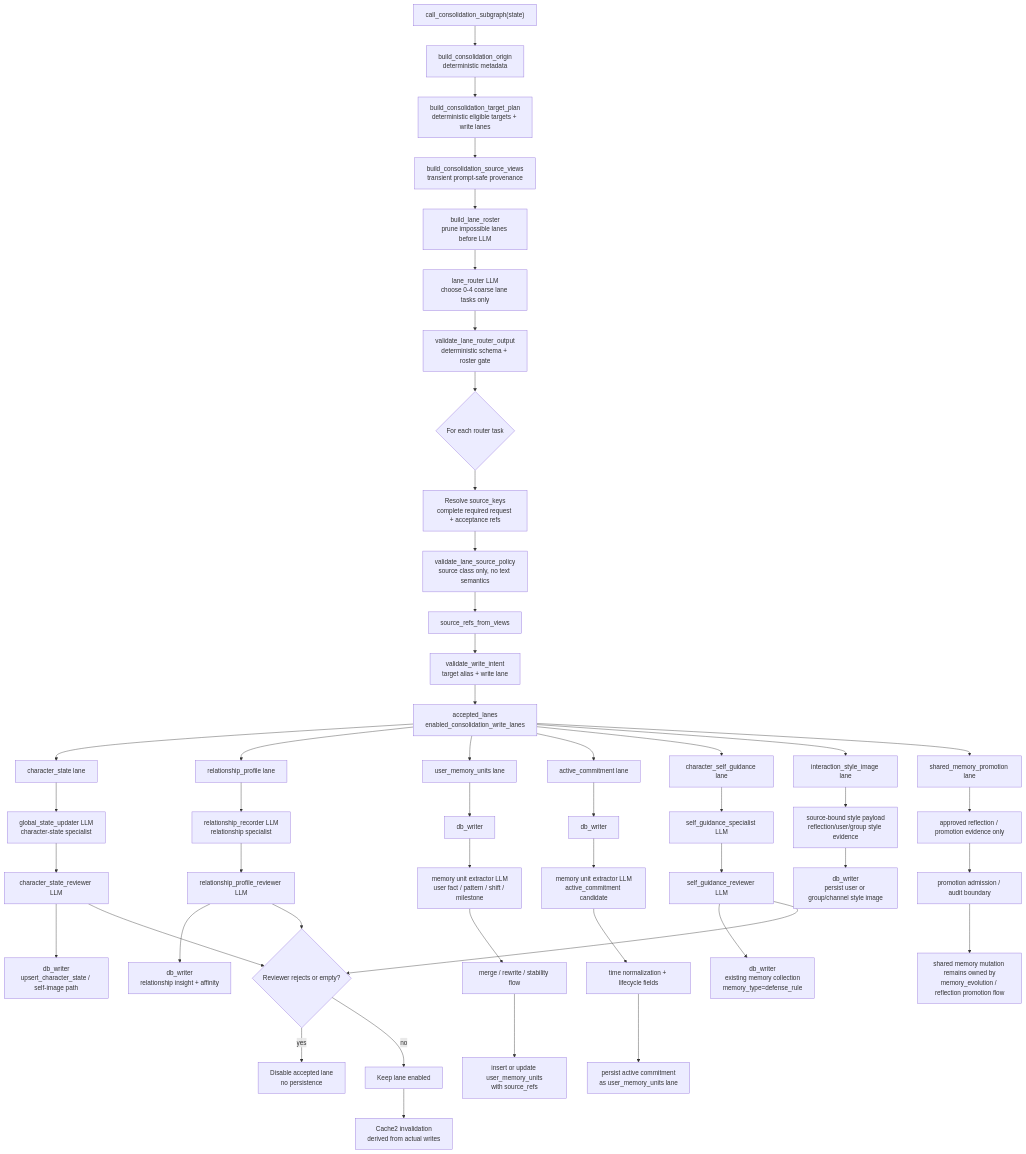
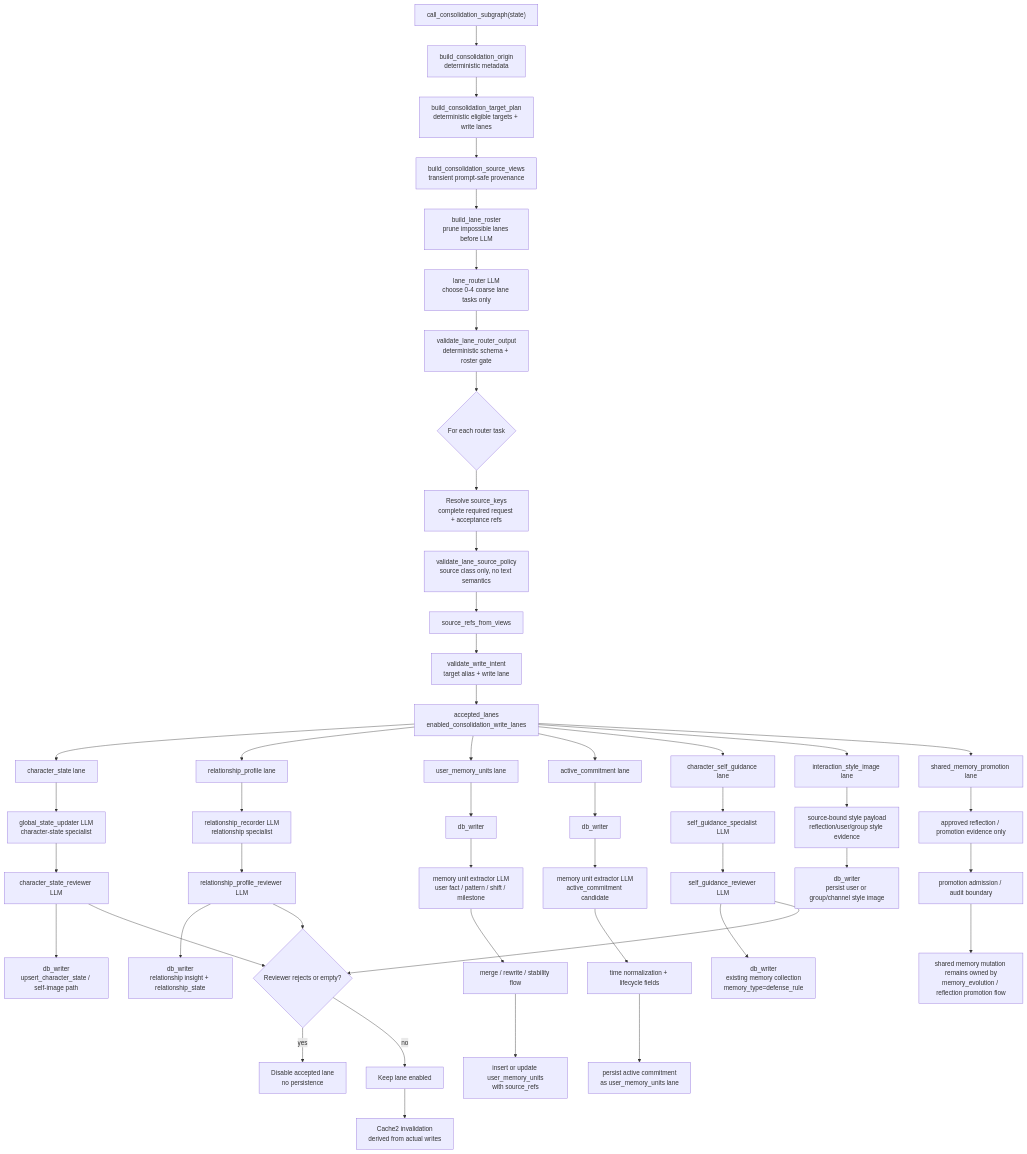
The second of 2 diagrams in src/kazusa_ai_chatbot/consolidation/README.md (eamars/KazusaAIChatbot), drawn with Mermaid before and after one commit. The commit also changed other lines of this file and 153 other files, not shown here.

````diff
--- a/src/kazusa_ai_chatbot/consolidation/README.md
+++ b/src/kazusa_ai_chatbot/consolidation/README.md
@@ -201,60 +201,60 @@
 ```mermaid
 flowchart TD
     A["call_consolidation_subgraph(state)"] --> B["build_consolidation_origin<br/>deterministic metadata"]
     B --> C["build_consolidation_target_plan<br/>deterministic eligible targets + write lanes"]
     C --> D["build_consolidation_source_views<br/>transient prompt-safe provenance"]
     D --> E["build_lane_roster<br/>prune impossible lanes before LLM"]
     E --> F["lane_router LLM<br/>choose 0-4 coarse lane tasks only"]
     F --> G["validate_lane_router_output<br/>deterministic schema + roster gate"]
 
     G --> H{"For each router task"}
     H --> I["Resolve source_keys<br/>complete required request + acceptance refs"]
     I --> J["validate_lane_source_policy<br/>source class only, no text semantics"]
     J --> K["source_refs_from_views"]
     K --> L["validate_write_intent<br/>target alias + write lane"]
     L --> M["accepted_lanes<br/>enabled_consolidation_write_lanes"]
 
     M --> CS["character_state lane"]
     CS --> CS1["global_state_updater LLM<br/>character-state specialist"]
     CS1 --> CS2["character_state_reviewer LLM"]
     CS2 --> CS3["db_writer<br/>upsert_character_state / self-image path"]
 
     M --> RP["relationship_profile lane"]
     RP --> RP1["relationship_recorder LLM<br/>relationship specialist"]
     RP1 --> RP2["relationship_profile_reviewer LLM"]
-    RP2 --> RP3["db_writer<br/>relationship insight + affinity"]
+    RP2 --> RP3["db_writer<br/>relationship insight + relationship_state"]
 
     M --> UM["user_memory_units lane"]
     UM --> UM1["db_writer"]
     UM1 --> UM2["memory unit extractor LLM<br/>user fact / pattern / shift / milestone"]
     UM2 --> UM3["merge / rewrite / stability flow"]
     UM3 --> UM4["insert or update user_memory_units<br/>with source_refs"]
 
     M --> AC["active_commitment lane"]
     AC --> AC1["db_writer"]
     AC1 --> AC2["memory unit extractor LLM<br/>active_commitment candidate"]
     AC2 --> AC3["time normalization + lifecycle fields"]
     AC3 --> AC4["persist active commitment<br/>as user_memory_units lane"]
 
     M --> SG["character_self_guidance lane"]
     SG --> SG1["self_guidance_specialist LLM"]
     SG1 --> SG2["self_guidance_reviewer LLM"]
     SG2 --> SG3["db_writer<br/>existing memory collection<br/>memory_type=defense_rule"]
 
     M --> IS["interaction_style_image lane"]
     IS --> IS1["source-bound style payload<br/>reflection/user/group style evidence"]
     IS1 --> IS2["db_writer<br/>persist user or group/channel style image"]
 
     M --> SM["shared_memory_promotion lane"]
     SM --> SM1["approved reflection / promotion evidence only"]
     SM1 --> SM2["promotion admission / audit boundary"]
     SM2 --> SM3["shared memory mutation remains owned by<br/>memory_evolution / reflection promotion flow"]
 
     CS2 --> R{"Reviewer rejects or empty?"}
     RP2 --> R
     SG2 --> R
     R -->|yes| X["Disable accepted lane<br/>no persistence"]
     R -->|no| Y["Keep lane enabled"]
 
     Y --> Z["Cache2 invalidation<br/>derived from actual writes"]
 ```
````
